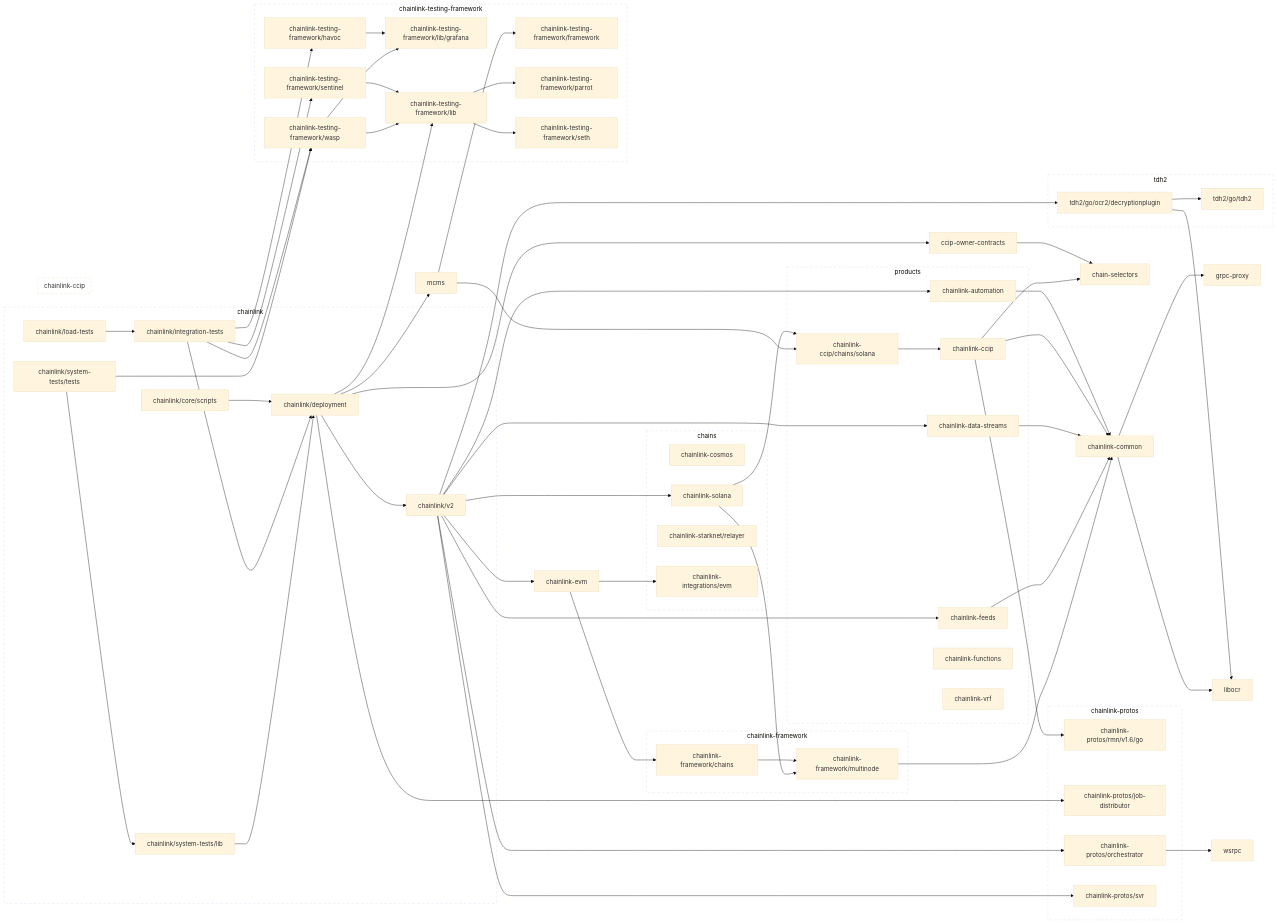
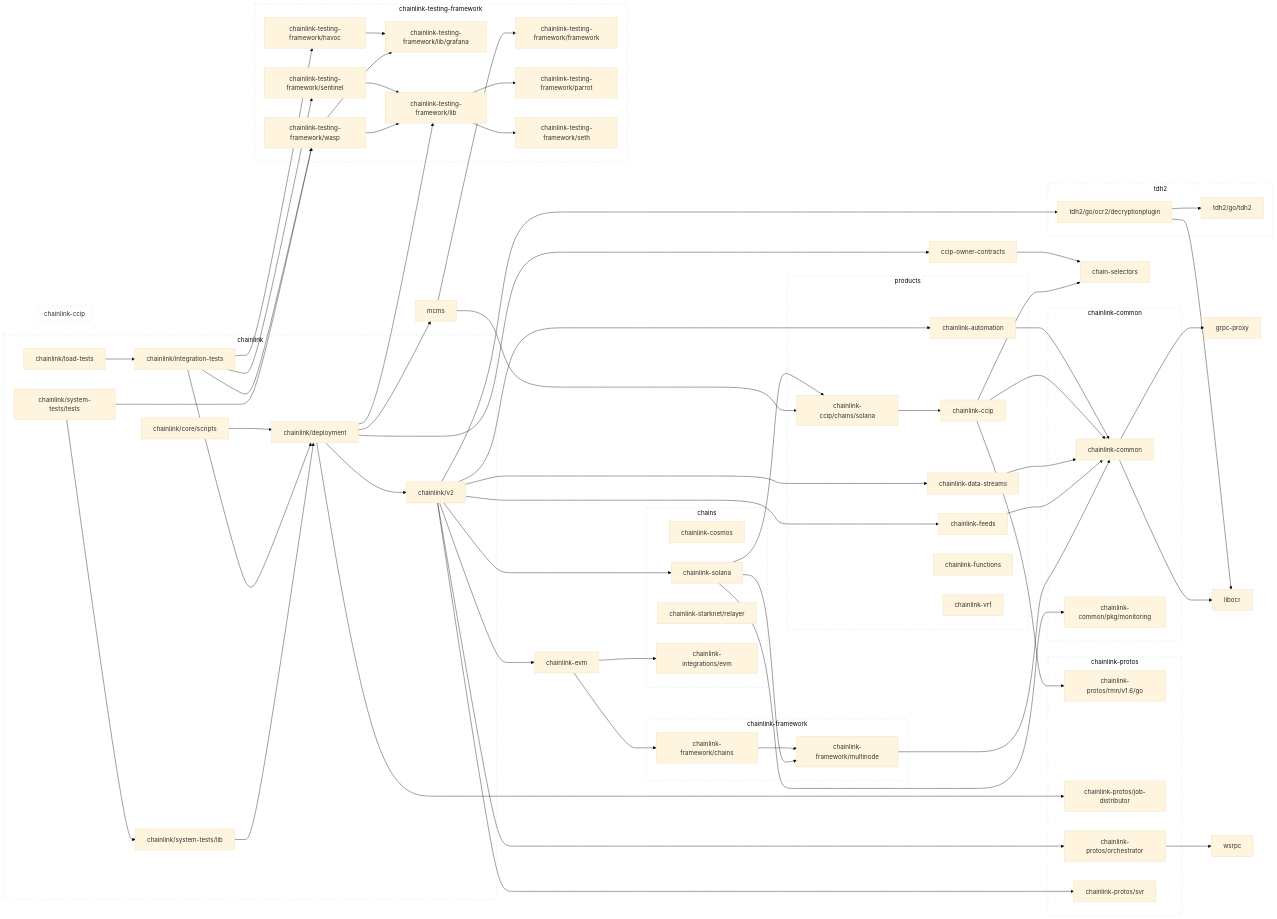
Before and after one commit to JohnDaWalka/chainlink: the second of 2 diagrams in go.md, drawn with Mermaid (base theme). The commit also changed other lines of this file, not shown here.

Commit message:
make modgraph

````diff
--- a/go.md
+++ b/go.md
@@ -144,6 +153,8 @@
 	chainlink-common --> grpc-proxy
 	chainlink-common --> libocr
 	click chainlink-common href "https://github.com/smartcontractkit/chainlink-common"
+	chainlink-common/pkg/monitoring
+	click chainlink-common/pkg/monitoring href "https://github.com/smartcontractkit/chainlink-common"
 	chainlink-data-streams --> chainlink-common
 	click chainlink-data-streams href "https://github.com/smartcontractkit/chainlink-data-streams"
 	chainlink-evm --> chainlink-framework/chains
@@ -166,6 +177,7 @@
 	chainlink-protos/svr
 	click chainlink-protos/svr href "https://github.com/smartcontractkit/chainlink-protos"
 	chainlink-solana --> chainlink-ccip/chains/solana
+	chainlink-solana --> chainlink-common/pkg/monitoring
 	chainlink-solana --> chainlink-framework/multinode
 	click chainlink-solana href "https://github.com/smartcontractkit/chainlink-solana"
 	chainlink-testing-framework/framework
@@ -247,6 +259,12 @@
 	end
 	click chainlink-ccip-repo href "https://github.com/smartcontractkit/chainlink-ccip"
 
+	subgraph chainlink-common-repo[chainlink-common]
+		 chainlink-common
+		 chainlink-common/pkg/monitoring
+	end
+	click chainlink-common-repo href "https://github.com/smartcontractkit/chainlink-common"
+
 	subgraph chainlink-framework-repo[chainlink-framework]
 		 chainlink-framework/chains
 		 chainlink-framework/multinode
@@ -280,5 +298,5 @@
 	click tdh2-repo href "https://github.com/smartcontractkit/tdh2"
 
 	classDef outline stroke-dasharray:6,fill:none;
-	class chainlink-repo,chainlink-ccip-repo,chainlink-framework-repo,chainlink-protos-repo,chainlink-testing-framework-repo,tdh2-repo outline
+	class chainlink-repo,chainlink-ccip-repo,chainlink-common-repo,chainlink-framework-repo,chainlink-protos-repo,chainlink-testing-framework-repo,tdh2-repo outline
 ```
````
